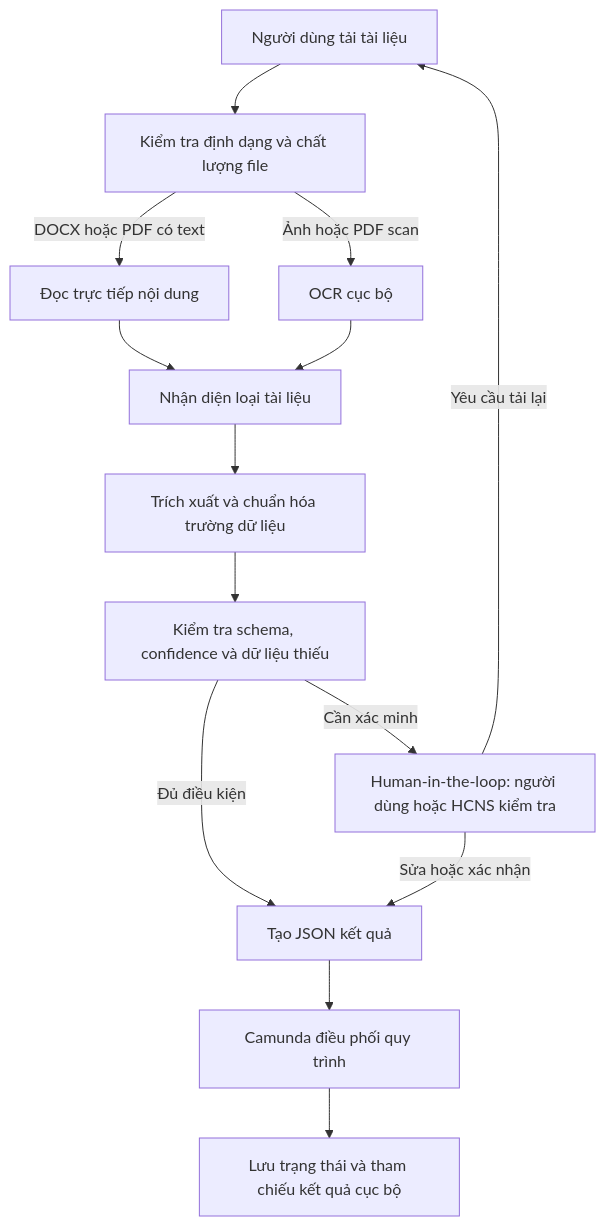
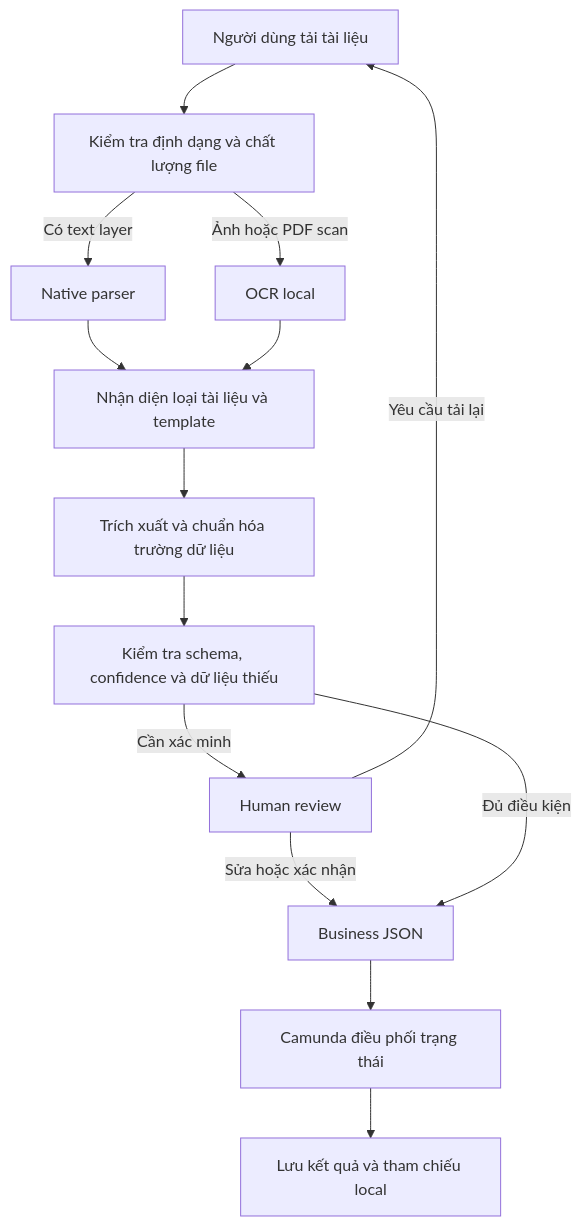
Before and after one commit to tandung060604-prog/hcns-automation-agent: the diagram in README.md, drawn with Mermaid. The commit also changed other lines of this file and 24 other files, not shown here.

````diff
--- a/README.md
+++ b/README.md
@@ -14,16 +59,16 @@
 ```mermaid
 flowchart TD
     A["Người dùng tải tài liệu"] --> B["Kiểm tra định dạng và chất lượng file"]
-    B -->|"DOCX hoặc PDF có text"| C["Đọc trực tiếp nội dung"]
-    B -->|"Ảnh hoặc PDF scan"| D["OCR cục bộ"]
-    C --> E["Nhận diện loại tài liệu"]
+    B -->|"Có text layer"| C["Native parser"]
+    B -->|"Ảnh hoặc PDF scan"| D["OCR local"]
+    C --> E["Nhận diện loại tài liệu và template"]
     D --> E
     E --> F["Trích xuất và chuẩn hóa trường dữ liệu"]
     F --> G["Kiểm tra schema, confidence và dữ liệu thiếu"]
-    G -->|"Đủ điều kiện"| H["Tạo JSON kết quả"]
-    G -->|"Cần xác minh"| I["Human-in-the-loop: người dùng hoặc HCNS kiểm tra"]
-    I -->|"Sửa hoặc xác nhận"| H
-    I -->|"Yêu cầu tải lại"| A
-    H --> J["Camunda điều phối quy trình"]
-    J --> K["Lưu trạng thái và tham chiếu kết quả cục bộ"]
+    G -->|"Cần xác minh"| H["Human review"]
+    H -->|"Sửa hoặc xác nhận"| I["Business JSON"]
+    H -->|"Yêu cầu tải lại"| A
+    G -->|"Đủ điều kiện"| I
+    I --> J["Camunda điều phối trạng thái"]
+    J --> K["Lưu kết quả và tham chiếu local"]
 ```
````
